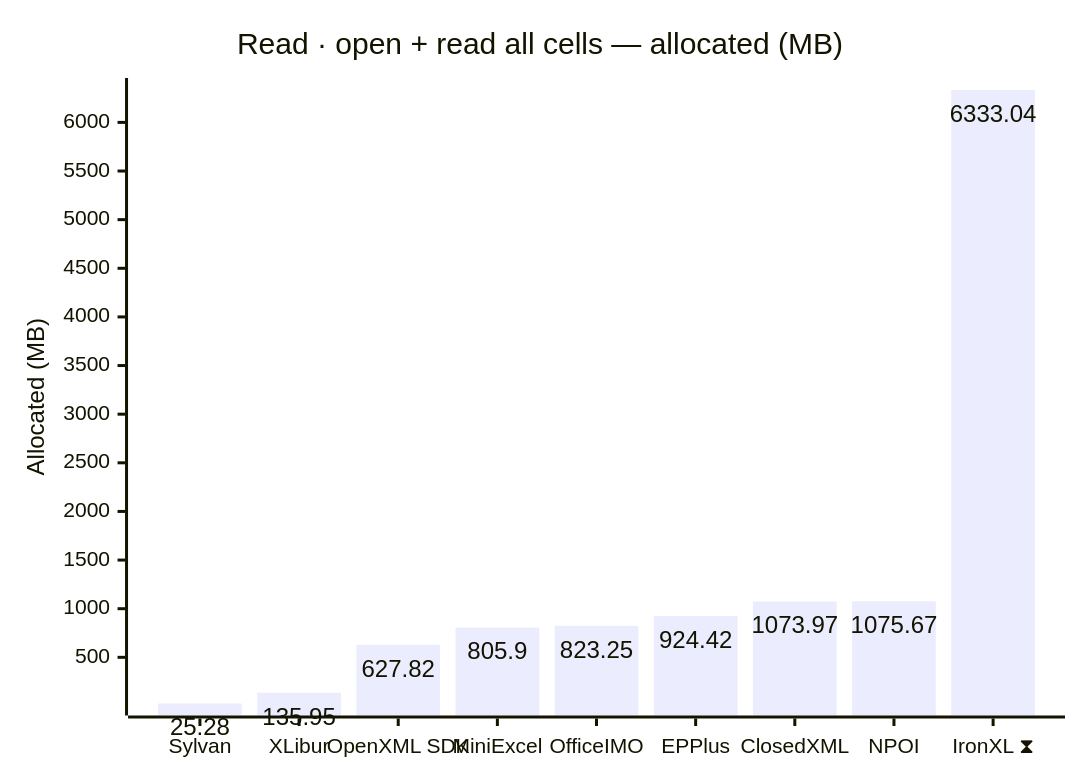
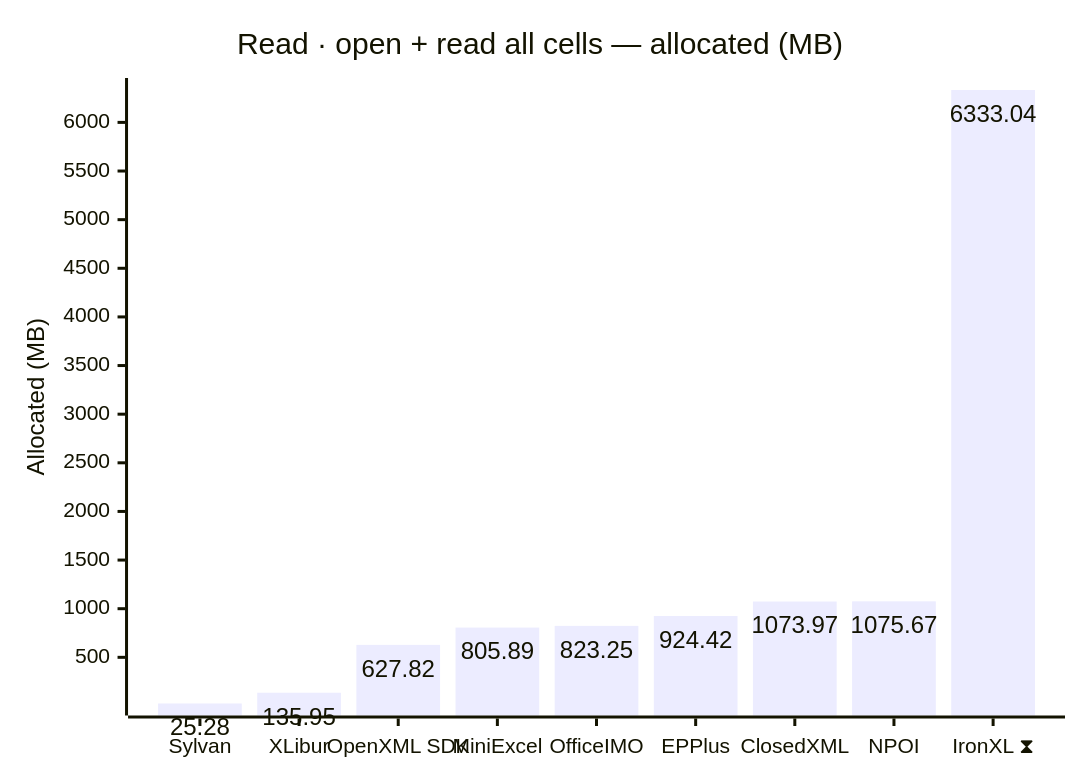
One commit to jafin/XLBench changed the fourth of 12 diagrams in docs/results-ci.md. Above: the diagram before and after it, drawn with Mermaid. The commit also changed other lines of this file, not shown here.

````diff
--- a/docs/results-ci.md
+++ b/docs/results-ci.md
@@ -82,12 +82,12 @@
 ```mermaid
 ---
 config:
   xyChart:
     showDataLabel: true
 ---
 xychart-beta
     title "Read · open + read all cells — allocated (MB)"
     x-axis ["Sylvan", "XLibur", "OpenXML SDK", "MiniExcel", "OfficeIMO", "EPPlus", "ClosedXML", "NPOI", "IronXL ⧗"]
     y-axis "Allocated (MB)"
-    bar [25.28, 135.95, 627.82, 805.9, 823.25, 924.42, 1073.97, 1075.67, 6333.04]
+    bar [25.28, 135.95, 627.82, 805.89, 823.25, 924.42, 1073.97, 1075.67, 6333.04]
 ```
````
